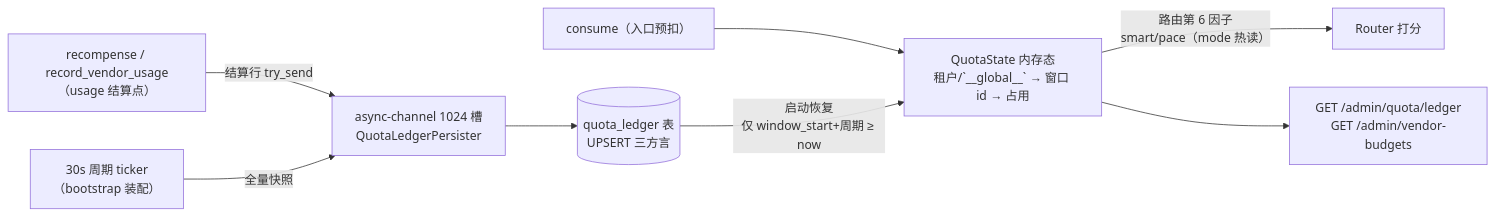
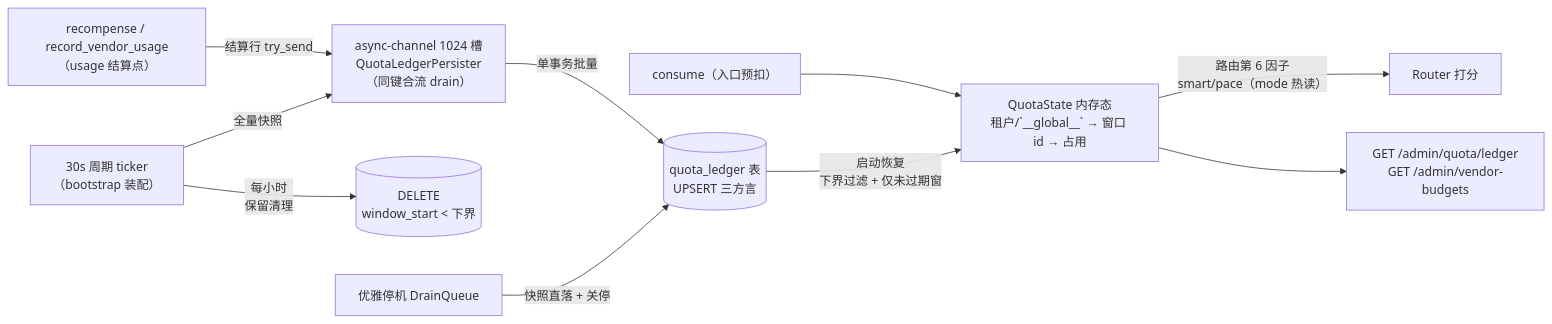
Before and after one commit to Kirky-X/fluxgate: the fifth of 11 diagrams in docs/ARCHITECTURE.md, drawn with Mermaid. The commit also changed other lines of this file and 8 other files, not shown here.

````diff
--- a/docs/ARCHITECTURE.md
+++ b/docs/ARCHITECTURE.md
@@ -348,10 +348,12 @@
 ```mermaid
 flowchart LR
     C["consume（入口预扣）"] --> M["QuotaState 内存态<br/>租户/`__global__` → 窗口 id → 占用"]
-    R["recompense / record_vendor_usage<br/>（usage 结算点）"] -->|"结算行 try_send"| CH["async-channel 1024 槽<br/>QuotaLedgerPersister"]
+    R["recompense / record_vendor_usage<br/>（usage 结算点）"] -->|"结算行 try_send"| CH["async-channel 1024 槽<br/>QuotaLedgerPersister<br/>（同键合流 drain）"]
     FL["30s 周期 ticker<br/>（bootstrap 装配）"] -->|"全量快照"| CH
-    CH --> DB[("quota_ledger 表<br/>UPSERT 三方言")]
-    DB -->|"启动恢复<br/>仅 window_start+周期 ≥ now"| M
+    FL -->|"每小时<br/>保留清理"| PG[("DELETE<br/>window_start &lt; 下界")]
+    CH -->|"单事务批量"| DB[("quota_ledger 表<br/>UPSERT 三方言")]
+    DB -->|"启动恢复<br/>下界过滤 + 仅未过期窗"| M
+    SD["优雅停机 DrainQueue"] -->|"快照直落 + 关停"| DB
     M -->|"路由第 6 因子<br/>smart/pace（mode 热读）"| RT["Router 打分"]
     M --> ADM["GET /admin/quota/ledger<br/>GET /admin/vendor-budgets"]
 ```
````
